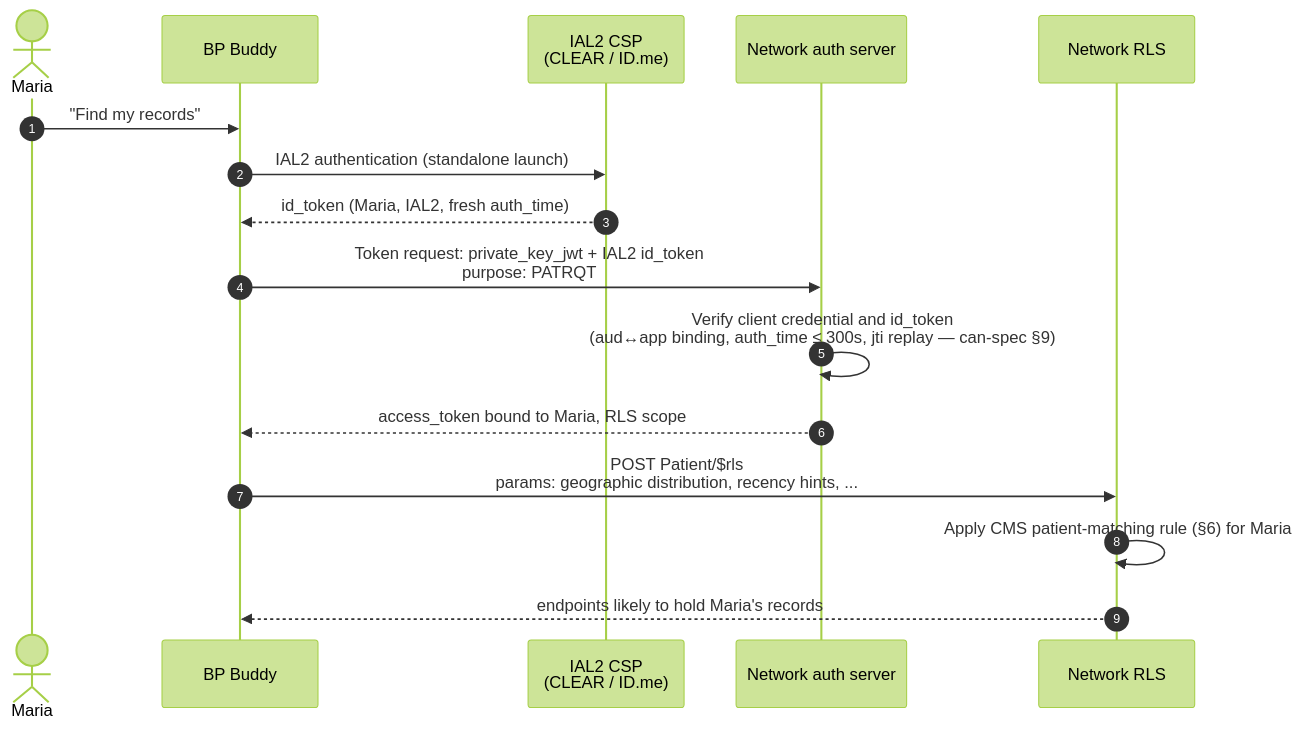
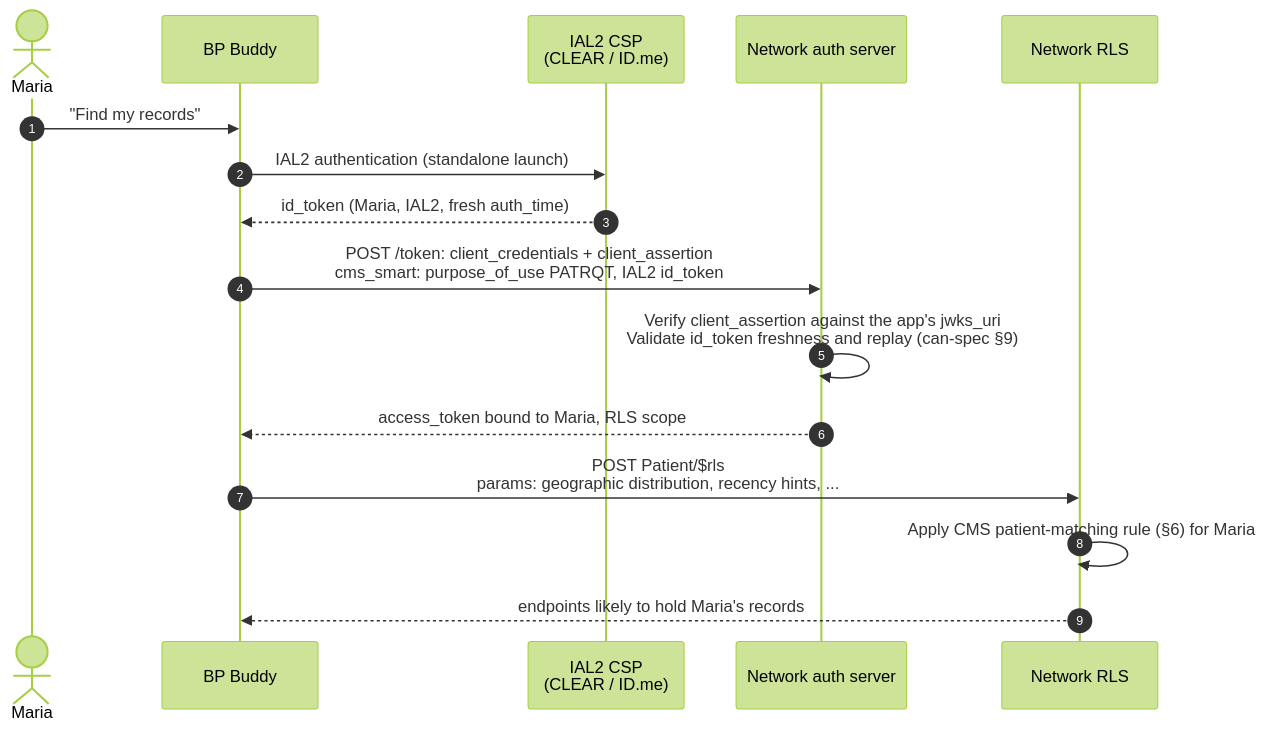
One commit to jmandel/cms-ns changed the sixth of 9 diagrams in app-connectivity-flows.md. Above: the diagram before and after it, drawn with Mermaid (forest theme). The commit also changed other lines of this file, not shown here.

First line of the commit message:
4a is facilitated FHIR; token requests use Blue Button cms_smart shape; trim Phase 5

````diff
--- a/app-connectivity-flows.md
+++ b/app-connectivity-flows.md
@@ -168,19 +169,19 @@
 ```mermaid
 sequenceDiagram
     autonumber
     actor Maria
     participant App as BP Buddy
     participant CSP as IAL2 CSP<br/>(CLEAR / ID.me)
     participant NAS as Network auth server
     participant RLS as Network RLS
 
     Maria->>App: "Find my records"
     App->>CSP: IAL2 authentication (standalone launch)
     CSP-->>App: id_token (Maria, IAL2, fresh auth_time)
-    App->>NAS: Token request: private_key_jwt + IAL2 id_token<br/>purpose: PATRQT
-    NAS->>NAS: Verify client credential and id_token<br/>(aud↔app binding, auth_time ≤ 300s, jti replay — can-spec §9)
+    App->>NAS: POST /token: client_credentials + client_assertion<br/>cms_smart: purpose_of_use PATRQT, IAL2 id_token
+    NAS->>NAS: Verify client_assertion against the app's jwks_uri<br/>Validate id_token freshness and replay (can-spec §9)
     NAS-->>App: access_token bound to Maria, RLS scope
     App->>RLS: POST Patient/$rls<br/>params: geographic distribution, recency hints, ...
     RLS->>RLS: Apply CMS patient-matching rule (§6) for Maria
     RLS-->>App: endpoints likely to hold Maria's records
 ```
````
